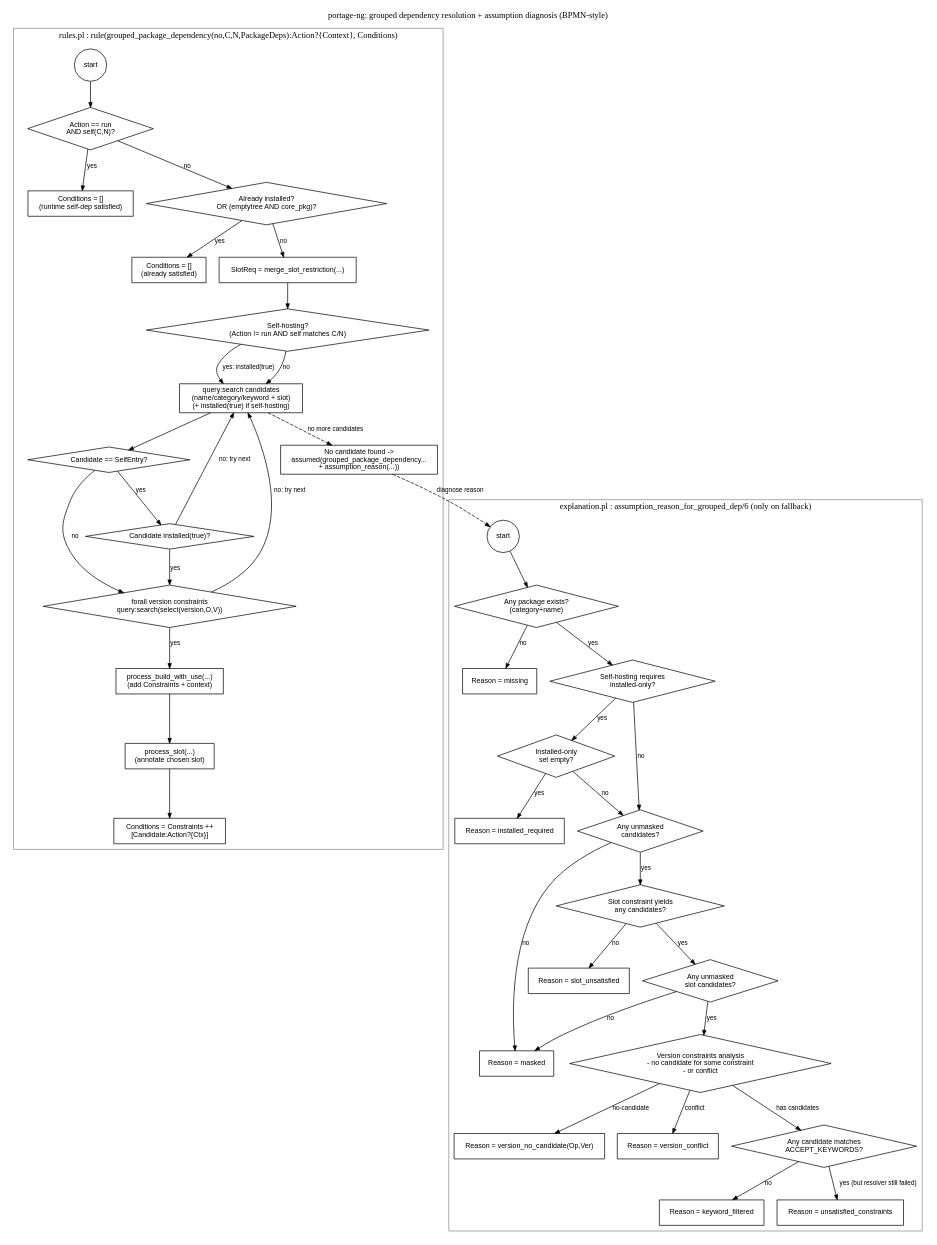
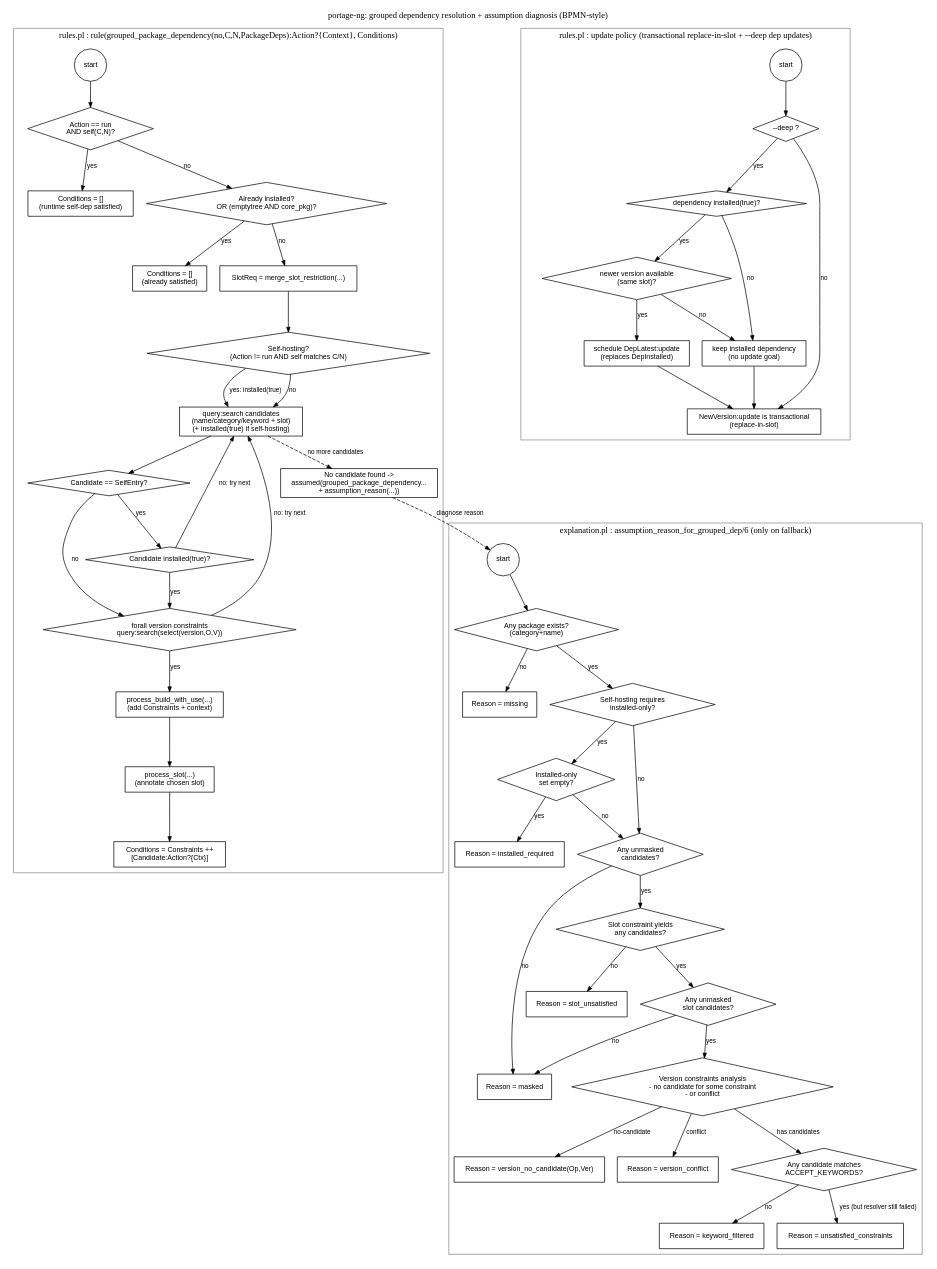
Before and after one commit to pvdabeel/prolog: the diagram in Documentation/rules_assumptions_flow.dot, drawn with Graphviz. The commit also changed 1 other file, not shown here.

Commit message:
Deep update logic

```diff
--- a/Documentation/rules_assumptions_flow.dot
+++ b/Documentation/rules_assumptions_flow.dot
@@ -1,90 +1,111 @@
 digraph rules_assumptions_bpmn {
   rankdir=TD;
   labelloc="t";
   label="portage-ng: grouped dependency resolution + assumption diagnosis (BPMN-style)";
   fontsize=12;
   node [fontname="Helvetica", fontsize=10];
   edge [fontname="Helvetica", fontsize=9, arrowsize=0.7];
 
   subgraph cluster_rules {
     label="rules.pl : rule(grouped_package_dependency(no,C,N,PackageDeps):Action?{Context}, Conditions)";
     color="#888888";
     r_start [shape=circle, label="start"];
     r_self_run [shape=diamond, label="Action == run\nAND self(C,N)?"];
     r_ok1 [shape=box, label="Conditions = []\n(runtime self-dep satisfied)"];
     r_installed [shape=diamond, label="Already installed?\nOR (emptytree AND core_pkg)?"];
     r_ok2 [shape=box, label="Conditions = []\n(already satisfied)"];
     r_slotreq [shape=box, label="SlotReq = merge_slot_restriction(...)"];
     r_self_hosting [shape=diamond, label="Self-hosting?\n(Action != run AND self matches C/N)"];
     r_query [shape=box, label="query:search candidates\n(name/category/keyword + slot)\n(+ installed(true) if self-hosting)"];
     r_reject_self [shape=diamond, label="Candidate == SelfEntry?"];
     r_reject_self2 [shape=diamond, label="Candidate installed(true)?"];
     r_versions [shape=diamond, label="forall version constraints\nquery:search(select(version,O,V))"];
     r_build_use [shape=box, label="process_build_with_use(...)\n(add Constraints + context)"];
     r_process_slot [shape=box, label="process_slot(...)\n(annotate chosen slot)"];
     r_success [shape=box, label="Conditions = Constraints ++\n[Candidate:Action?{Ctx}]"];
     r_fallback [shape=box, label="No candidate found ->\nassumed(grouped_package_dependency...\n+ assumption_reason(...))"];
   }
 
   subgraph cluster_explain {
     label="explanation.pl : assumption_reason_for_grouped_dep/6 (only on fallback)";
     color="#888888";
     e_start [shape=circle, label="start"];
     e_any [shape=diamond, label="Any package exists?\n(category+name)"];
     e_missing [shape=box, label="Reason = missing"];
     e_need_inst [shape=diamond, label="Self-hosting requires\ninstalled-only?"];
     e_inst_empty [shape=diamond, label="Installed-only\nset empty?"];
     e_inst_req [shape=box, label="Reason = installed_required"];
     e_unmasked1 [shape=diamond, label="Any unmasked\ncandidates?"];
     e_masked [shape=box, label="Reason = masked"];
     e_slot_any [shape=diamond, label="Slot constraint yields\nany candidates?"];
     e_slot_bad [shape=box, label="Reason = slot_unsatisfied"];
     e_unmasked2 [shape=diamond, label="Any unmasked\nslot candidates?"];
     e_versions [shape=diamond, label="Version constraints analysis\n- no candidate for some constraint\n- or conflict"];
     e_ver_nocand [shape=box, label="Reason = version_no_candidate(Op,Ver)"];
     e_ver_conflict [shape=box, label="Reason = version_conflict"];
     e_keywords [shape=diamond, label="Any candidate matches\nACCEPT_KEYWORDS?"];
     e_kw [shape=box, label="Reason = keyword_filtered"];
     e_other [shape=box, label="Reason = unsatisfied_constraints"];
   }
 
+  subgraph cluster_update {
+    label="rules.pl : update policy (transactional replace-in-slot + --deep dep updates)";
+    color="#888888";
+    u_start [shape=circle, label="start"];
+    u_is_deep [shape=diamond, label="--deep ?"];
+    u_dep_installed [shape=diamond, label="dependency installed(true)?"];
+    u_newer_same_slot [shape=diamond, label="newer version available\n(same slot)?"];
+    u_sched_dep_update [shape=box, label="schedule DepLatest:update\n(replaces DepInstalled)"];
+    u_keep_dep [shape=box, label="keep installed dependency\n(no update goal)"];
+    u_txn_update [shape=box, label="NewVersion:update is transactional\n(replace-in-slot)"];
+  }
+
   r_start -> r_self_run;
   r_self_run -> r_ok1 [label="yes"];
   r_self_run -> r_installed [label="no"];
   r_installed -> r_ok2 [label="yes"];
   r_installed -> r_slotreq [label="no"];
   r_slotreq -> r_self_hosting;
   r_self_hosting -> r_query [label="yes: installed(true)"];
   r_self_hosting -> r_query [label="no"];
   r_query -> r_reject_self;
   r_reject_self -> r_reject_self2 [label="yes"];
   r_reject_self -> r_versions [label="no"];
   r_reject_self2 -> r_versions [label="yes"];
   r_reject_self2 -> r_query [label="no: try next"];
   r_versions -> r_build_use [label="yes"];
   r_versions -> r_query [label="no: try next"];
   r_build_use -> r_process_slot;
   r_process_slot -> r_success;
-
   r_query -> r_fallback [style=dashed, label="no more candidates"];
   r_fallback -> e_start [style=dashed, label="diagnose reason"];
+
+  u_start -> u_is_deep;
+  u_is_deep -> u_dep_installed [label="yes"];
+  u_is_deep -> u_txn_update [label="no"];
+  u_dep_installed -> u_newer_same_slot [label="yes"];
+  u_dep_installed -> u_keep_dep [label="no"];
+  u_newer_same_slot -> u_sched_dep_update [label="yes"];
+  u_newer_same_slot -> u_keep_dep [label="no"];
+  u_sched_dep_update -> u_txn_update;
+  u_keep_dep -> u_txn_update;
 
   e_start -> e_any;
   e_any -> e_missing [label="no"];
   e_any -> e_need_inst [label="yes"];
   e_need_inst -> e_inst_empty [label="yes"];
   e_need_inst -> e_unmasked1 [label="no"];
   e_inst_empty -> e_inst_req [label="yes"];
   e_inst_empty -> e_unmasked1 [label="no"];
   e_unmasked1 -> e_masked [label="no"];
   e_unmasked1 -> e_slot_any [label="yes"];
   e_slot_any -> e_slot_bad [label="no"];
   e_slot_any -> e_unmasked2 [label="yes"];
   e_unmasked2 -> e_masked [label="no"];
   e_unmasked2 -> e_versions [label="yes"];
   e_versions -> e_ver_nocand [label="no-candidate"];
   e_versions -> e_ver_conflict [label="conflict"];
   e_versions -> e_keywords [label="has candidates"];
   e_keywords -> e_kw [label="no"];
   e_keywords -> e_other [label="yes (but resolver still failed)"];
 }
```
